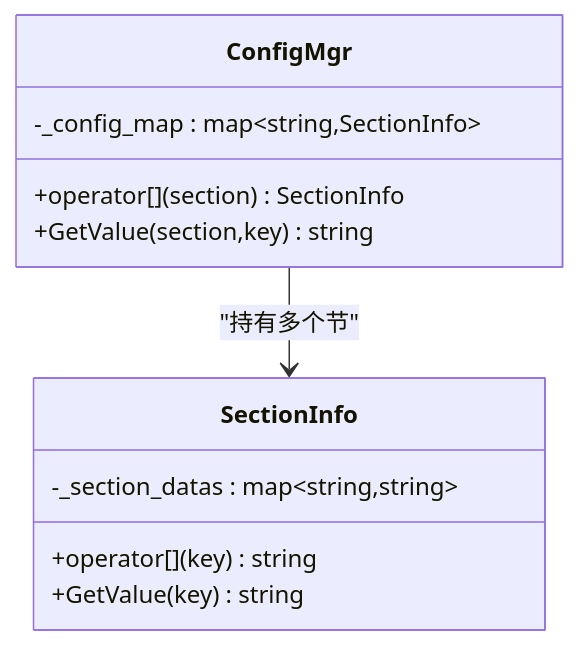
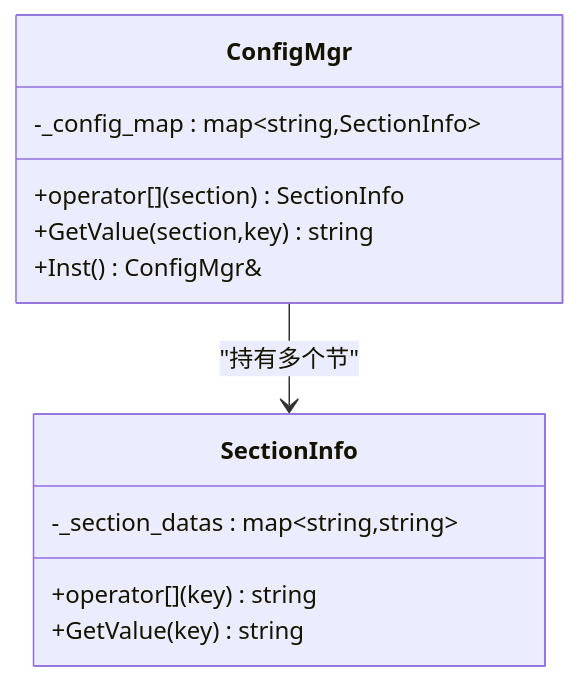
Before and after one commit to echo9923/mychatter: the fifth of 7 diagrams in .qoder/repowiki/zh/content/服务端开发/通用组件和工具/配置管理器.md, drawn with Mermaid. The commit also changed other lines of this file and 11 other files, not shown here.

````diff
--- a/.qoder/repowiki/zh/content/服务端开发/通用组件和工具/配置管理器.md
+++ b/.qoder/repowiki/zh/content/服务端开发/通用组件和工具/配置管理器.md
@@ -200,14 +210,15 @@
 ```mermaid
 classDiagram
 class ConfigMgr {
 -_config_map : map~string,SectionInfo~
 +operator[](section) SectionInfo
 +GetValue(section,key) string
++Inst() ConfigMgr&
 }
 class SectionInfo {
 -_section_datas : map~string,string~
 +operator[](key) string
 +GetValue(key) string
 }
 ConfigMgr --> SectionInfo : "持有多个节"
 ```
````
